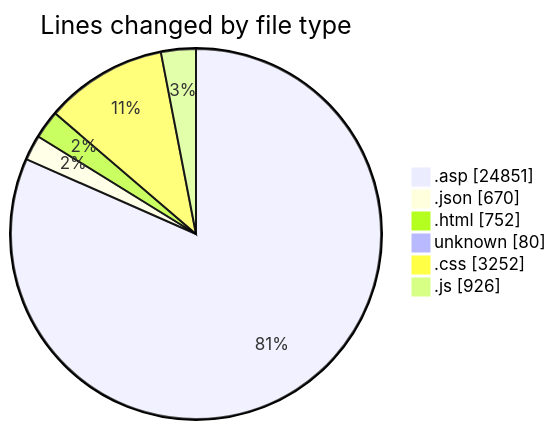
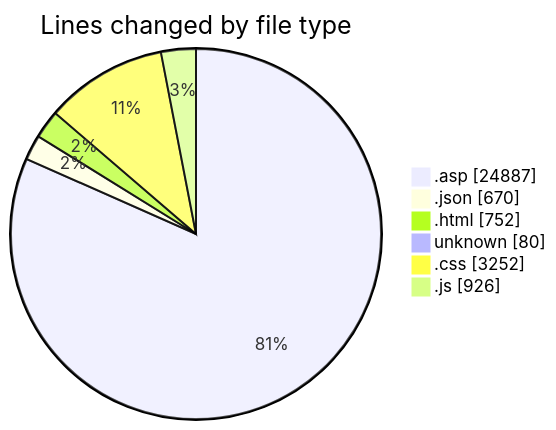
One commit to julien-gomy/code-tracking changed the first of 2 diagrams in 2025-11-01/cdp_aleoudev_fr__workspace_/README.md. Above: the diagram before and after it, drawn with Mermaid. The commit also changed other lines of this file and 1 other file, not shown here.

````diff
--- a/2025-11-01/cdp_aleoudev_fr__workspace_/README.md
+++ b/2025-11-01/cdp_aleoudev_fr__workspace_/README.md
@@ -38,10 +38,10 @@
 ```mermaid
 pie showData
 title Lines changed by file type
-".asp" : 24851
+".asp" : 24887
 ".json" : 670
 ".html" : 752
 "unknown" : 80
 ".css" : 3252
 ".js" : 926
 ```
````
